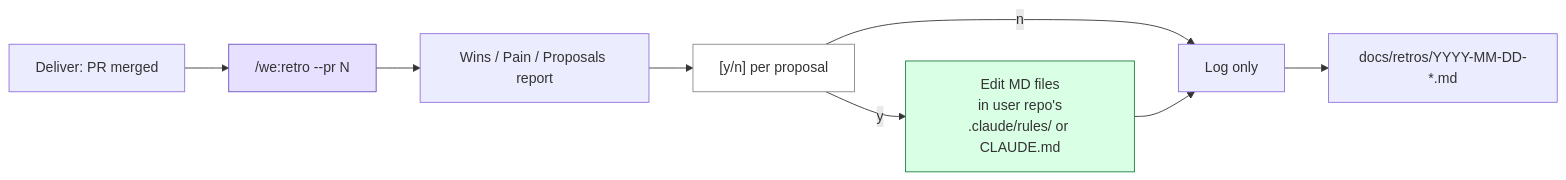
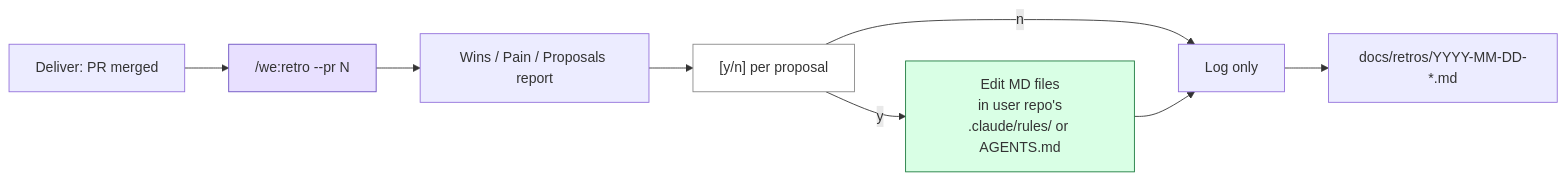
One commit to weside-ai/claude-code-plugin changed the third of 4 diagrams in docs/workflow.md. Above: the diagram before and after it, drawn with Mermaid. The commit also changed other lines of this file and 20 other files, not shown here.

````diff
--- a/docs/workflow.md
+++ b/docs/workflow.md
@@ -157,14 +157,14 @@
 ```mermaid
 flowchart LR
     M[Deliver: PR merged] --> R["/we:retro --pr N"]
     R --> Report["Wins / Pain / Proposals report"]
     Report --> Gate["[y/n] per proposal"]
-    Gate -->|y| Apply["Edit MD files<br/>in user repo's<br/>.claude/rules/ or CLAUDE.md"]
+    Gate -->|y| Apply["Edit MD files<br/>in user repo's<br/>.claude/rules/ or AGENTS.md"]
     Gate -->|n| Log["Log only"]
     Apply --> Log
     Log --> Done["docs/retros/YYYY-MM-DD-*.md"]
 
     style R fill:#e8e0ff,stroke:#6a4ec0
     style Apply fill:#d9ffe5,stroke:#1a7a3c
     style Gate fill:#fff,stroke:#888
 ```
````
